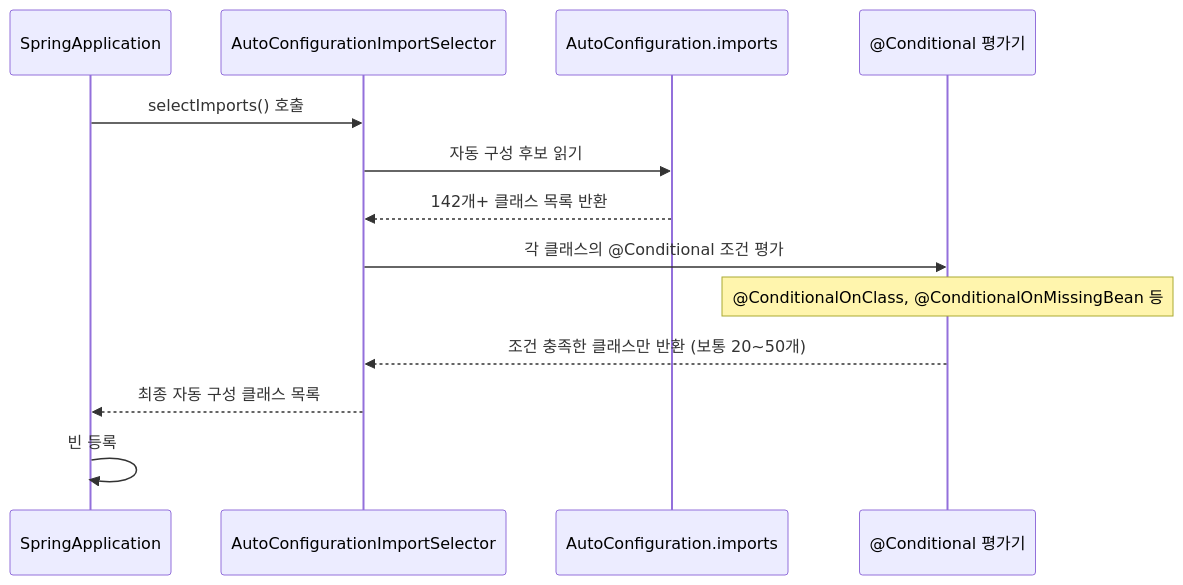
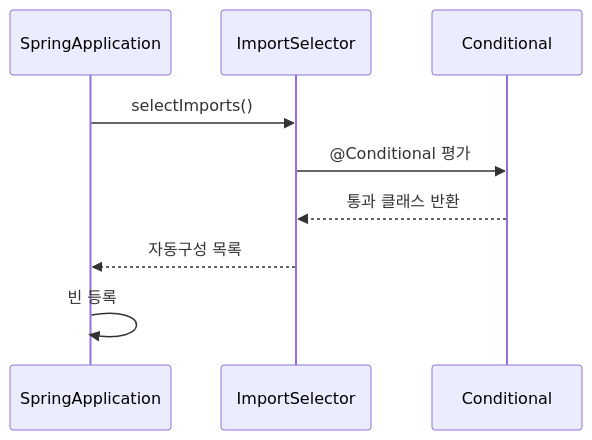
Before and after one commit to yjkim2015/yjkim2015.github.io: the second of 7 diagrams in _posts/spring/2026-05-02-spring-boot-autoconfigure.md, drawn with Mermaid. The commit also changed other lines of this file and 155 other files, not shown here.

First line of the commit message:
Mermaid 전면 수정: subgraph 제거, participant/노드/줄수 축소 (342블록)

````diff
--- a/_posts/spring/2026-05-02-spring-boot-autoconfigure.md
+++ b/_posts/spring/2026-05-02-spring-boot-autoconfigure.md
@@ -134,15 +134,11 @@
 ```mermaid
 sequenceDiagram
     participant SA as SpringApplication
-    participant AIS as AutoConfigurationImportSelector
-    participant SF as AutoConfiguration.imports
-    participant C as @Conditional 평가기
-    SA->>AIS: selectImports() 호출
-    AIS->>SF: 자동 구성 후보 읽기
-    SF-->>AIS: 142개+ 클래스 목록 반환
-    AIS->>C: 각 클래스의 @Conditional 조건 평가
-    Note over C: @ConditionalOnClass, @ConditionalOnMissingBean 등
-    C-->>AIS: 조건 충족한 클래스만 반환 (보통 20~50개)
-    AIS-->>SA: 최종 자동 구성 클래스 목록
+    participant AIS as ImportSelector
+    participant C as Conditional
+    SA->>AIS: selectImports()
+    AIS->>C: @Conditional 평가
+    C-->>AIS: 통과 클래스 반환
+    AIS-->>SA: 자동구성 목록
     SA->>SA: 빈 등록
 ```
````
